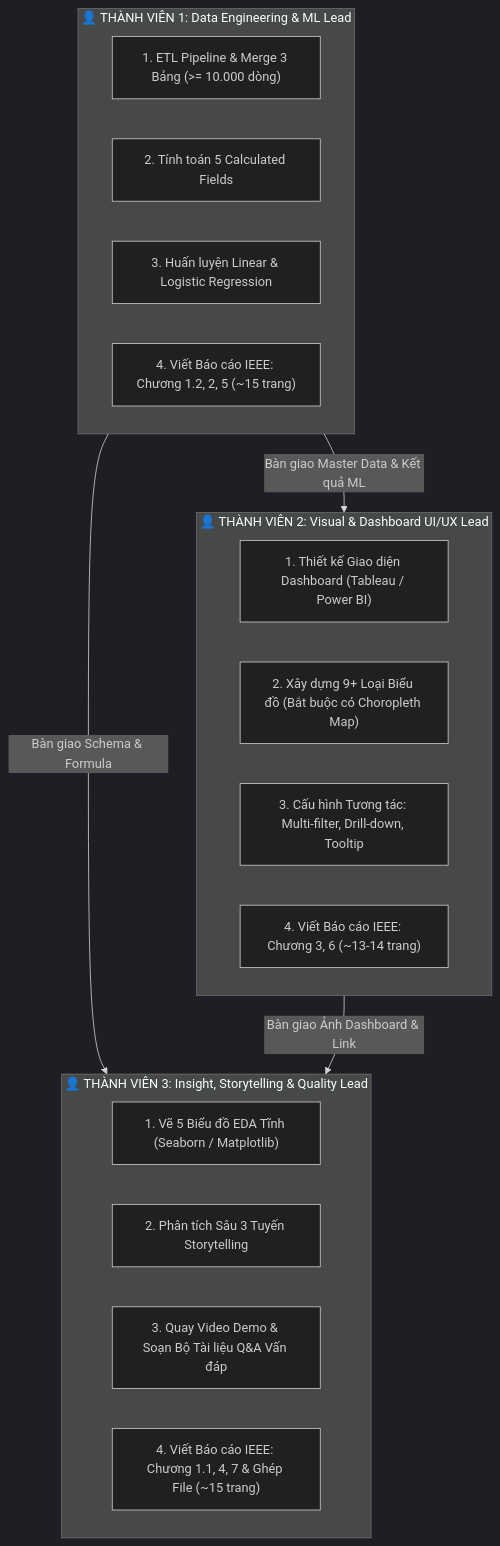
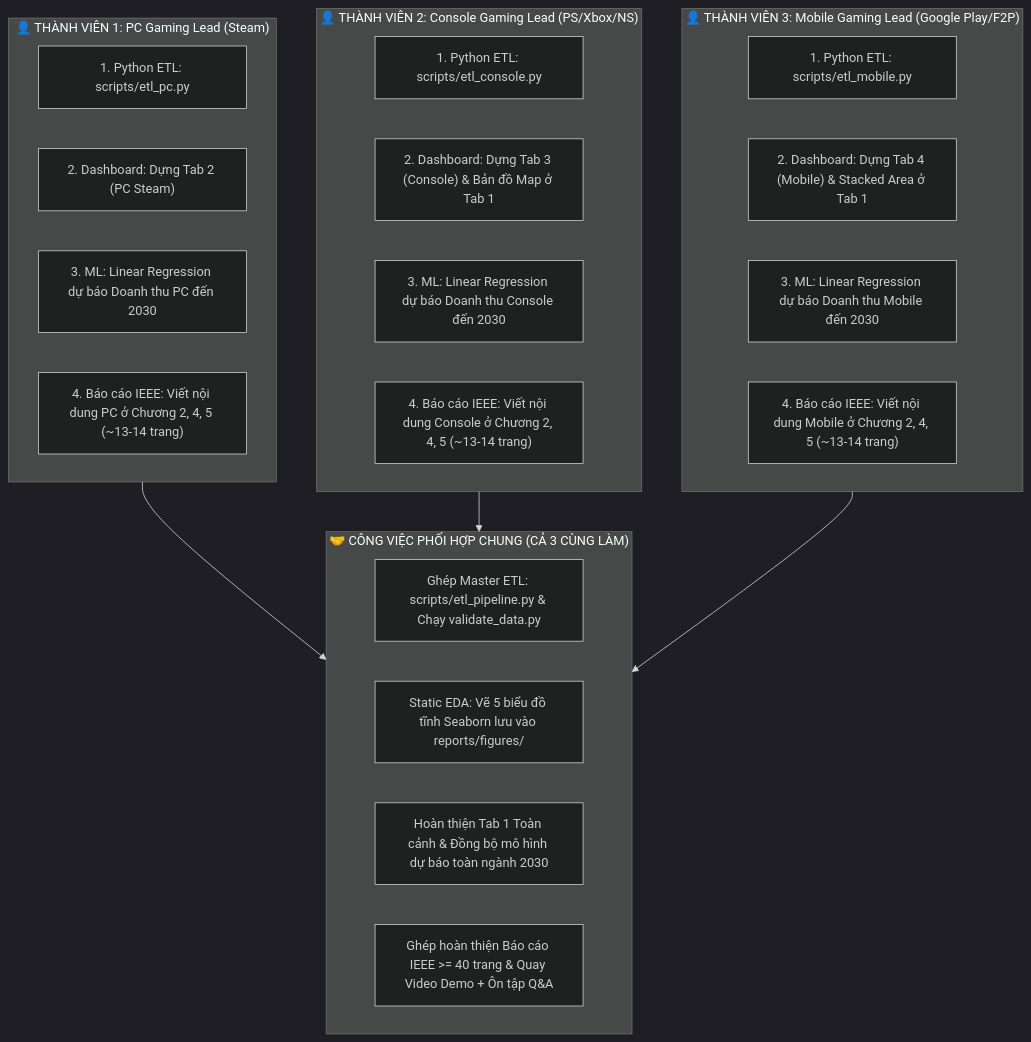
The diagram in docs/team_work_allocation.md (hoangle040706/Gaming-Market-Industry-Analytics), drawn with Mermaid (dark theme) before and after one commit. The commit also changed other lines of this file and 10 other files, not shown here.

````diff
--- a/docs/team_work_allocation.md
+++ b/docs/team_work_allocation.md
@@ -11,27 +15,32 @@
 ```mermaid
 graph TD
-    subgraph TV1["👤 THÀNH VIÊN 1: Data Engineering & ML Lead"]
-        A1["1. ETL Pipeline & Merge 3 Bảng (>= 10.000 dòng)"]
-        A2["2. Tính toán 5 Calculated Fields"]
-        A3["3. Huấn luyện Linear & Logistic Regression"]
-        A4["4. Viết Báo cáo IEEE: Chương 1.2, 2, 5 (~15 trang)"]
+    subgraph P1["👤 THÀNH VIÊN 1: PC Gaming Lead (Steam)"]
+        A1["1. Python ETL: scripts/etl_pc.py"]
+        A2["2. Dashboard: Dựng Tab 2 (PC Steam)"]
+        A3["3. ML: Linear Regression dự báo Doanh thu PC đến 2030"]
+        A4["4. Báo cáo IEEE: Viết nội dung PC ở Chương 2, 4, 5 (~13-14 trang)"]
     end
 
-    subgraph TV2["👤 THÀNH VIÊN 2: Visual & Dashboard UI/UX Lead"]
-        B1["1. Thiết kế Giao diện Dashboard (Tableau / Power BI)"]
-        B2["2. Xây dựng 9+ Loại Biểu đồ (Bắt buộc có Choropleth Map)"]
-        B3["3. Cấu hình Tương tác: Multi-filter, Drill-down, Tooltip"]
-        B4["4. Viết Báo cáo IEEE: Chương 3, 6 (~13-14 trang)"]
+    subgraph P2["👤 THÀNH VIÊN 2: Console Gaming Lead (PS/Xbox/NS)"]
+        B1["1. Python ETL: scripts/etl_console.py"]
+        B2["2. Dashboard: Dựng Tab 3 (Console) & Bản đồ Map ở Tab 1"]
+        B3["3. ML: Linear Regression dự báo Doanh thu Console đến 2030"]
+        B4["4. Báo cáo IEEE: Viết nội dung Console ở Chương 2, 4, 5 (~13-14 trang)"]
     end
 
-    subgraph TV3["👤 THÀNH VIÊN 3: Insight, Storytelling & Quality Lead"]
-        C1["1. Vẽ 5 Biểu đồ EDA Tĩnh (Seaborn / Matplotlib)"]
-        C2["2. Phân tích Sâu 3 Tuyến Storytelling"]
-        C3["3. Quay Video Demo & Soạn Bộ Tài liệu Q&A Vấn đáp"]
-        C4["4. Viết Báo cáo IEEE: Chương 1.1, 4, 7 & Ghép File (~15 trang)"]
+    subgraph P3["👤 THÀNH VIÊN 3: Mobile Gaming Lead (Google Play/F2P)"]
+        C1["1. Python ETL: scripts/etl_mobile.py"]
+        C2["2. Dashboard: Dựng Tab 4 (Mobile) & Stacked Area ở Tab 1"]
+        C3["3. ML: Linear Regression dự báo Doanh thu Mobile đến 2030"]
+        C4["4. Báo cáo IEEE: Viết nội dung Mobile ở Chương 2, 4, 5 (~13-14 trang)"]
     end
 
-    TV1 -- "Bàn giao Master Data & Kết quả ML" --> TV2
-    TV1 -- "Bàn giao Schema & Formula" --> TV3
-    TV2 -- "Bàn giao Ảnh Dashboard & Link" --> TV3
+    subgraph JOINT["🤝 CÔNG VIỆC PHỐI HỢP CHUNG (CẢ 3 CÙNG LÀM)"]
+        J1["Ghép Master ETL: scripts/etl_pipeline.py & Chạy validate_data.py"]
+        J2["Static EDA: Vẽ 5 biểu đồ tĩnh Seaborn lưu vào reports/figures/"]
+        J3["Hoàn thiện Tab 1 Toàn cảnh & Đồng bộ mô hình dự báo toàn ngành 2030"]
+        J4["Ghép hoàn thiện Báo cáo IEEE >= 40 trang & Quay Video Demo + Ôn tập Q&A"]
+    end
+
+    P1 & P2 & P3 --> JOINT
 ```
````
